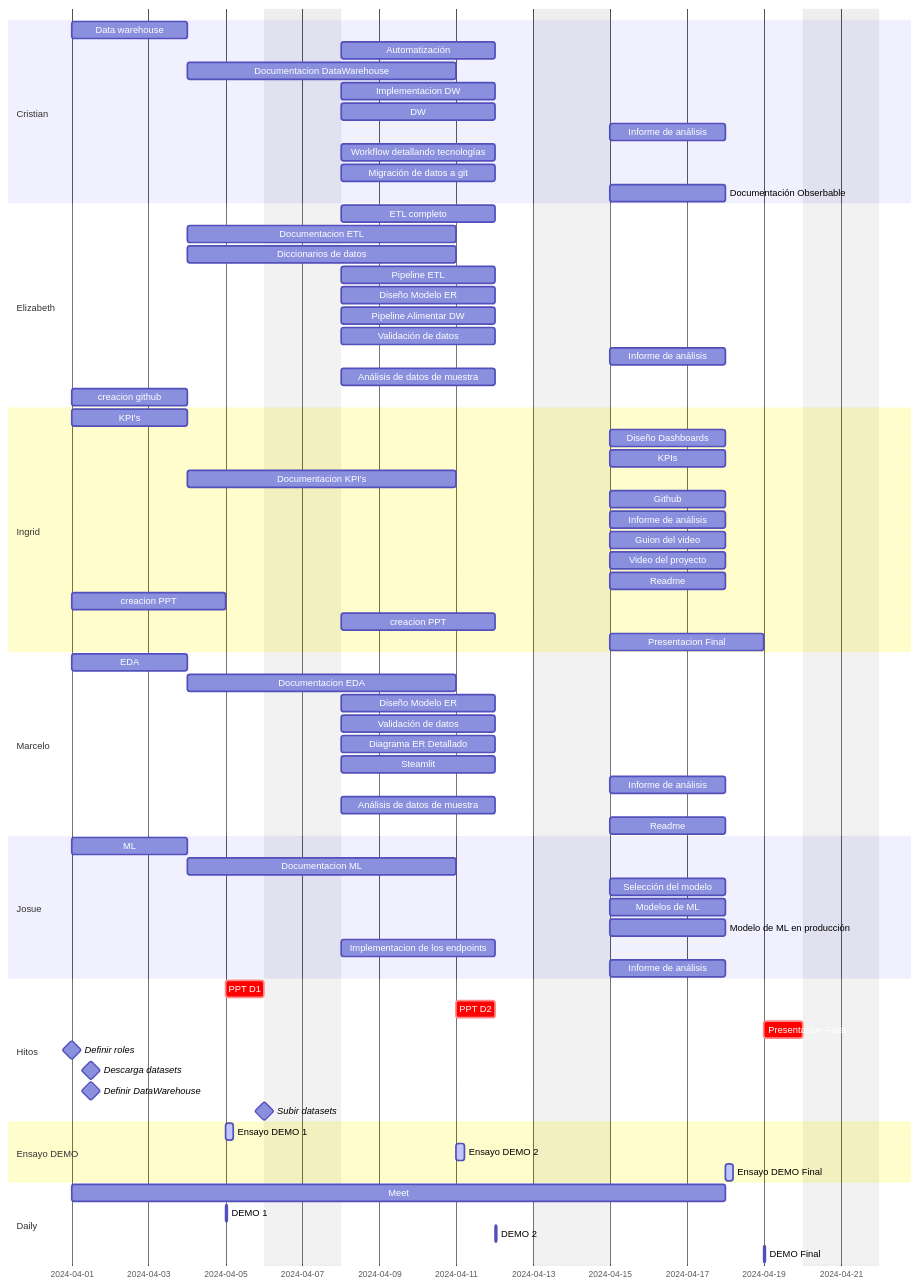
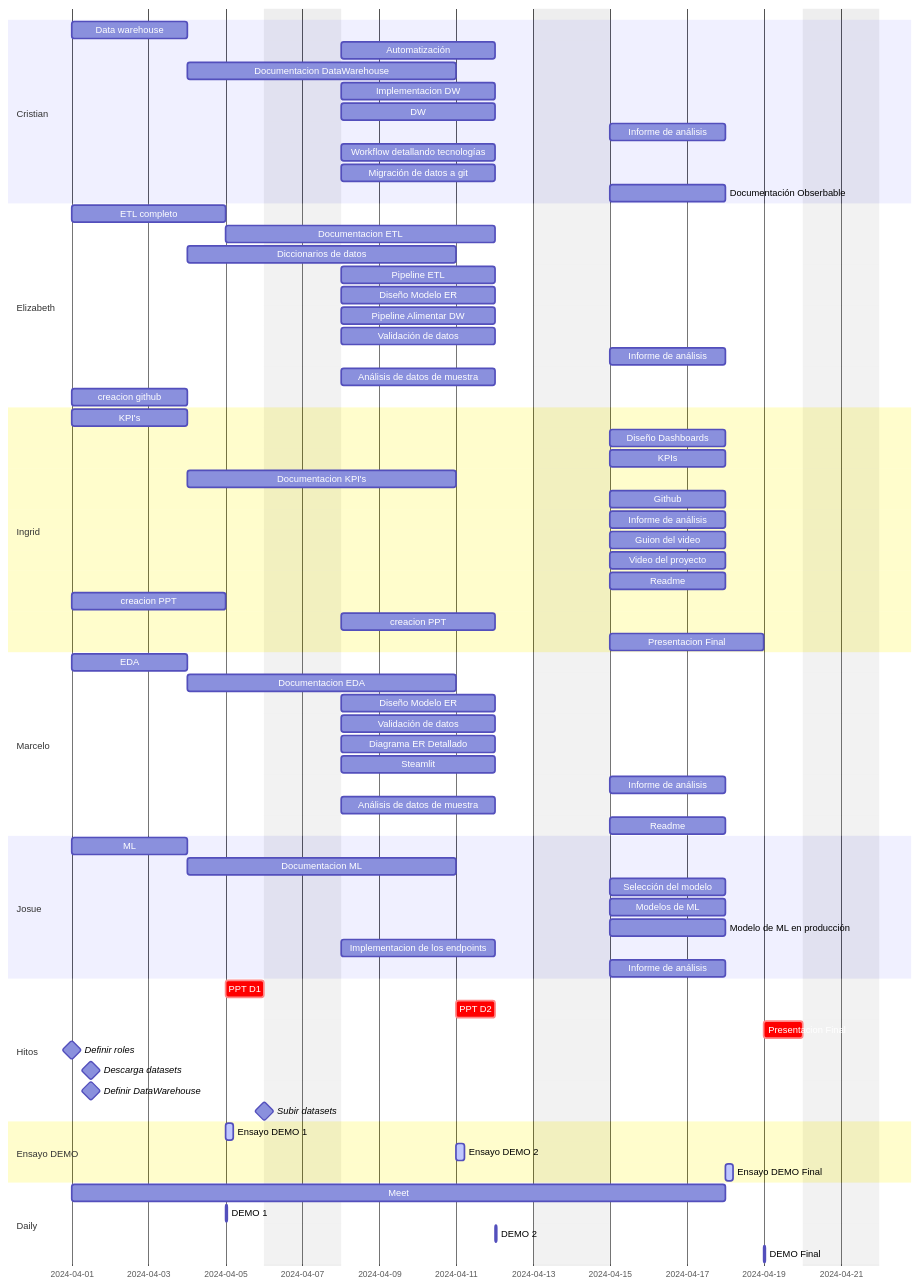
One commit to marceloyuba/SDT changed the diagram in Documentacion/Gantt.md. Above: the diagram before and after it, drawn with Mermaid.

```diff
--- a/Documentacion/Gantt.md
+++ b/Documentacion/Gantt.md
@@ -19,8 +19,8 @@
     Documentación Obserbable   :   des25, 2024-04-15, 3d
 
     section Elizabeth
-    ETL completo               :    des6, 2024-04-08, 4d
-    Documentacion ETL               :a1, after des1, 5d
+    ETL completo               :    des6, 2024-04-01, 4d
+    Documentacion ETL               :a1, after des6, 5d
     Diccionarios de datos             : a1, after des1, 5d
     Pipeline ETL               :    des8, 2024-04-08, 4d
     Diseño Modelo ER           :    des8, 2024-04-08, 4d 
```
